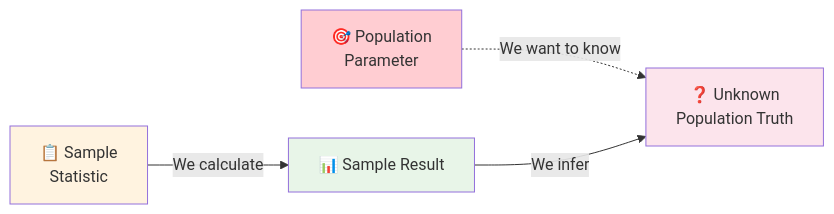
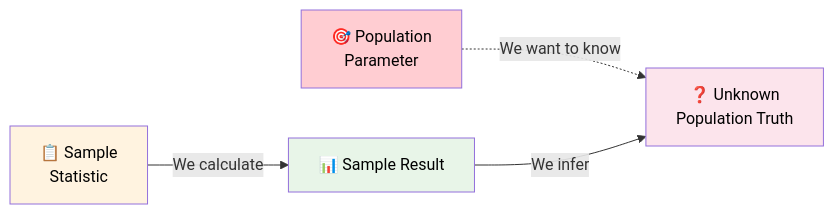
Before and after one commit to siddharthkumarrai/Statics: the third of 6 diagrams in README.md, drawn with Mermaid. The commit also changed other lines of this file, not shown here.

````diff
--- a/README.md
+++ b/README.md
@@ -78,11 +78,11 @@
 ```mermaid
 flowchart LR
     A[🎯 Population<br/>Parameter] -.->|"We want to know"| B[❓ Unknown<br/>Population Truth]
     C[📋 Sample<br/>Statistic] -->|"We calculate"| D[📊 Sample Result]
     D -->|"We infer"| B
 
-    style A fill:#ffcdd2
-    style C fill:#fff3e0
-    style D fill:#e8f5e8
-    style B fill:#fce4ec
+    style A fill:#ffcdd2,color:#000
+    style C fill:#fff3e0,color:#000
+    style D fill:#e8f5e8,color:#000
+    style B fill:#fce4ec,color:#000
 ```
````
